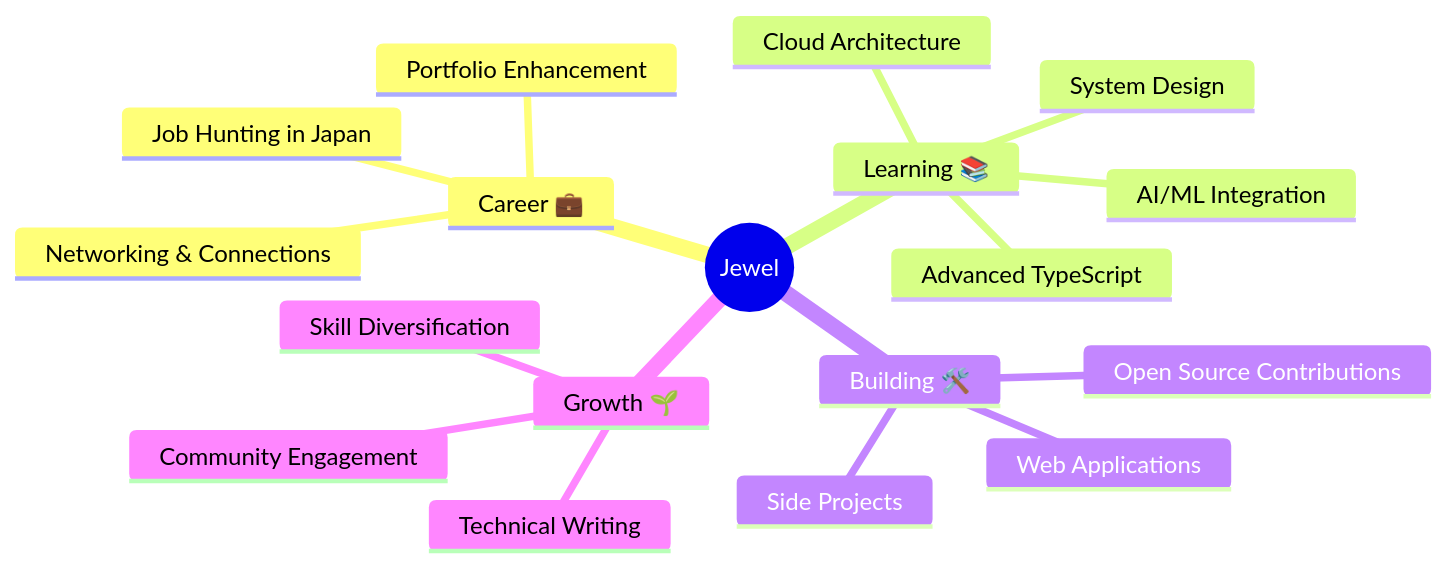
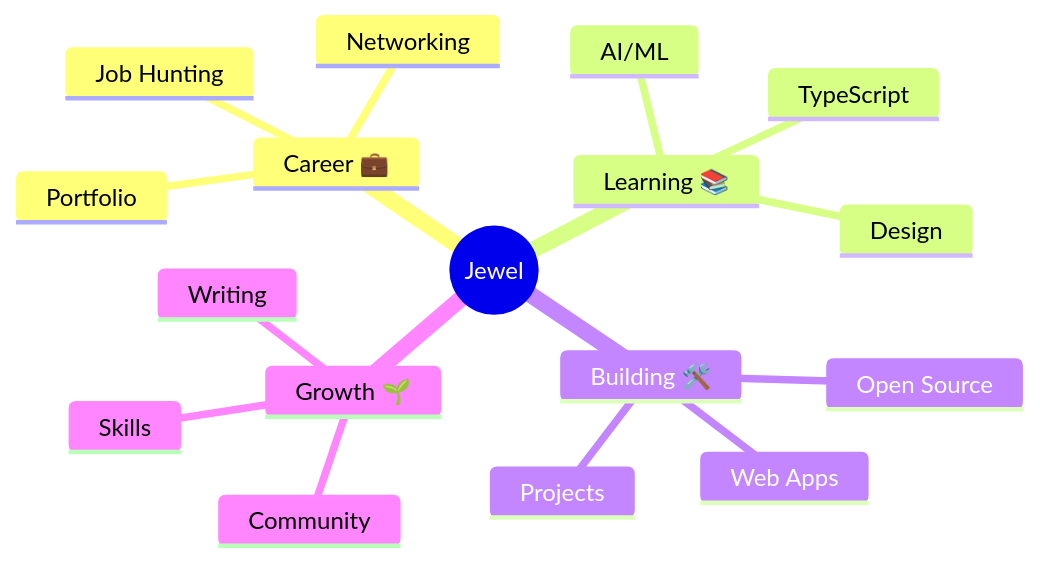
The diagram in README.md (Sahajewel/Sahajewel), drawn with Mermaid before and after one commit. The commit also changed other lines of this file, not shown here.

````diff
--- a/README.md
+++ b/README.md
@@ -265,21 +246,20 @@
 ```mermaid
 mindmap
   root((Jewel))
     Career 💼
-      Job Hunting in Japan
-      Networking & Connections
-      Portfolio Enhancement
+      Job Hunting
+      Networking
+      Portfolio
     Learning 📚
-      AI/ML Integration
-      Advanced TypeScript
-      System Design
-      Cloud Architecture
+      AI/ML
+      TypeScript
+      Design
     Building 🛠️
-      Web Applications
-      Open Source Contributions
-      Side Projects
+      Web Apps
+      Open Source
+      Projects
     Growth 🌱
-      Technical Writing
-      Community Engagement
-      Skill Diversification
+      Writing
+      Community
+      Skills
 ```
````
